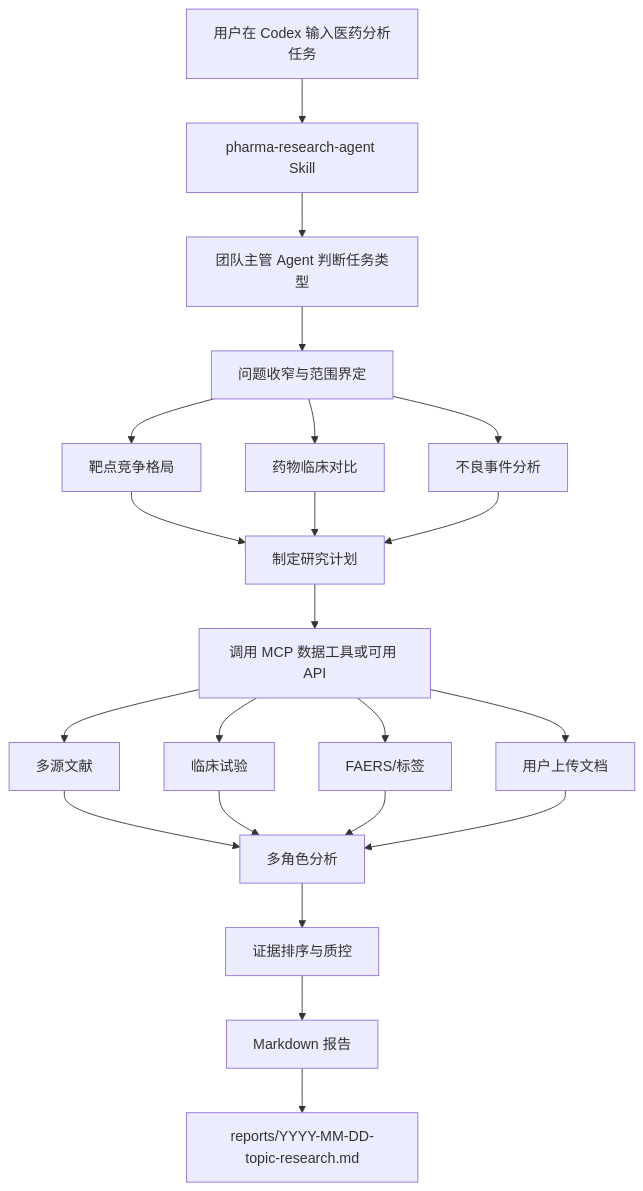
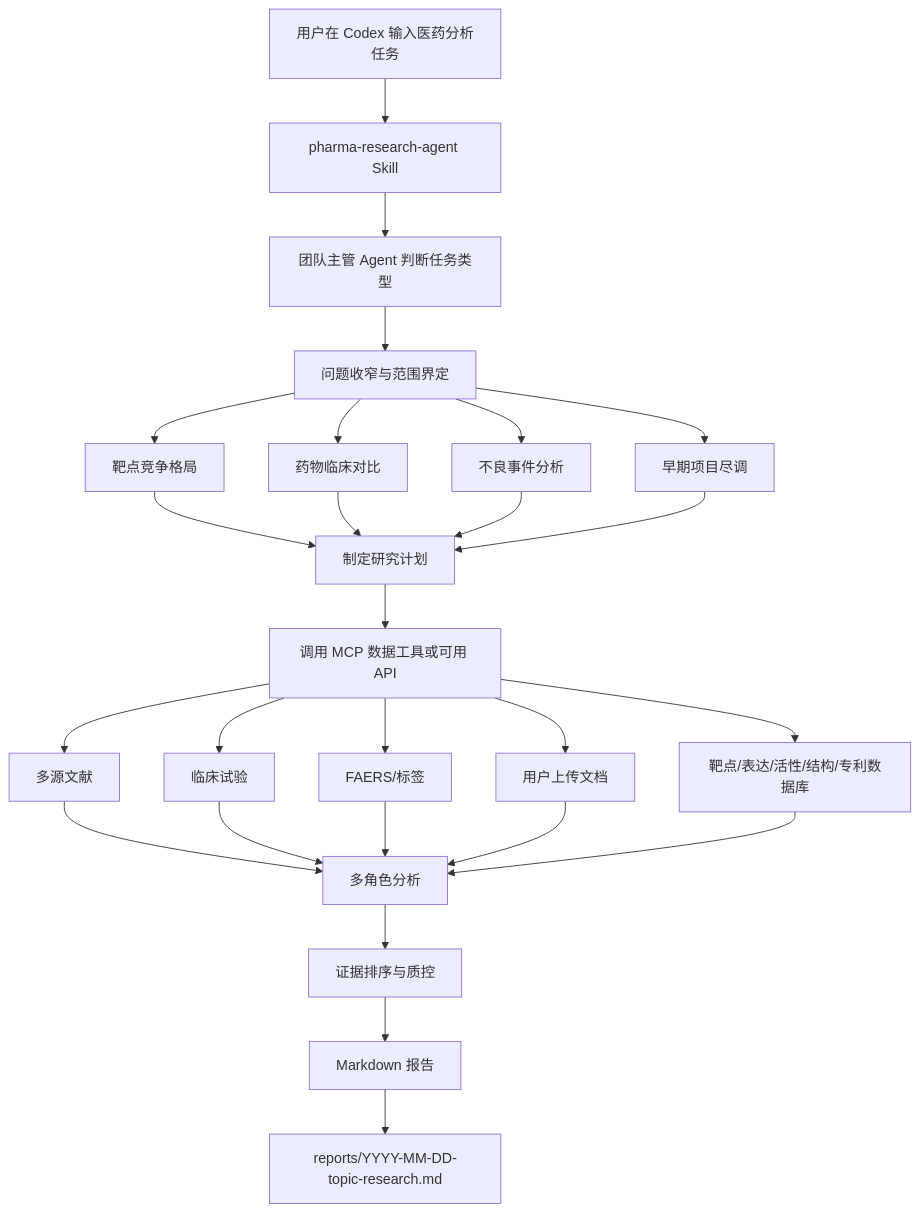
The first of 2 diagrams in docs/医药分析多角色智能体需求与实现方案.md (x7lovelife-dev/medres), drawn with Mermaid before and after one commit. The commit also changed other lines of this file, not shown here.

````diff
--- a/docs/医药分析多角色智能体需求与实现方案.md
+++ b/docs/医药分析多角色智能体需求与实现方案.md
@@ -20,24 +21,28 @@
 ```mermaid
 flowchart TD
     A[用户在 Codex 输入医药分析任务] --> B[pharma-research-agent Skill]
     B --> C[团队主管 Agent 判断任务类型]
     C --> S[问题收窄与范围界定]
     S --> D1[靶点竞争格局]
     S --> D2[药物临床对比]
     S --> D3[不良事件分析]
+    S --> D4[早期项目尽调]
     D1 --> E[制定研究计划]
     D2 --> E
     D3 --> E
+    D4 --> E
     E --> F[调用 MCP 数据工具或可用 API]
     F --> G1[多源文献]
     F --> G2[临床试验]
     F --> G3[FAERS/标签]
     F --> G4[用户上传文档]
+    F --> G5[靶点/表达/活性/结构/专利数据库]
     G1 --> H[多角色分析]
     G2 --> H
     G3 --> H
     G4 --> H
+    G5 --> H
     H --> I[证据排序与质控]
     I --> J[Markdown 报告]
     J --> K[reports/YYYY-MM-DD-topic-research.md]
 ```
````
